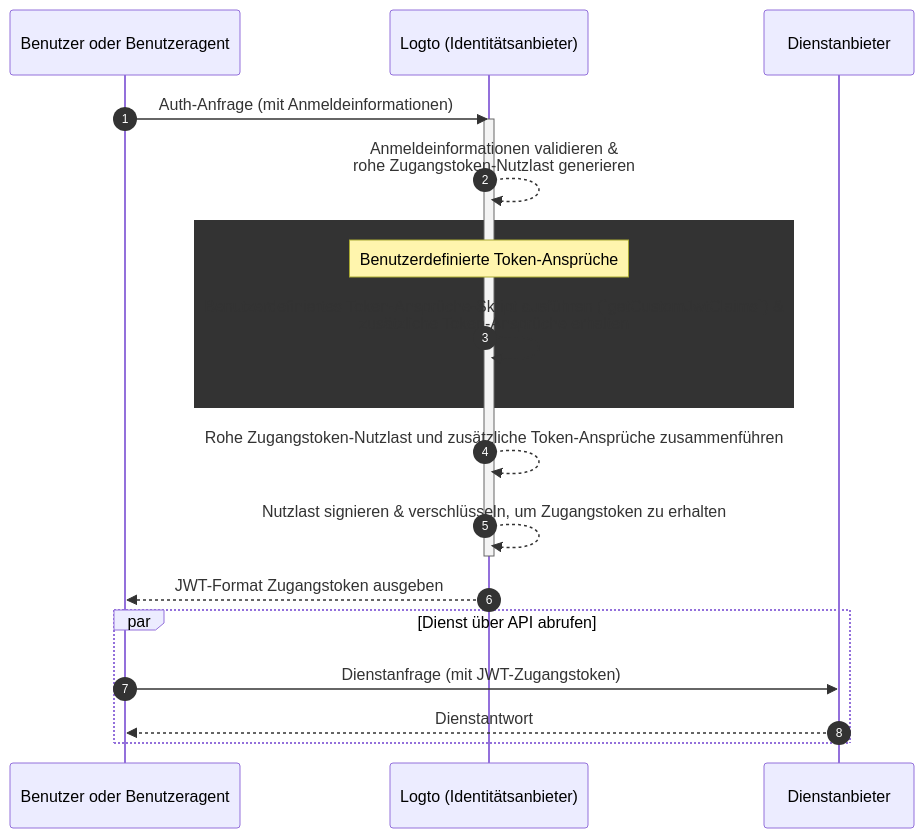
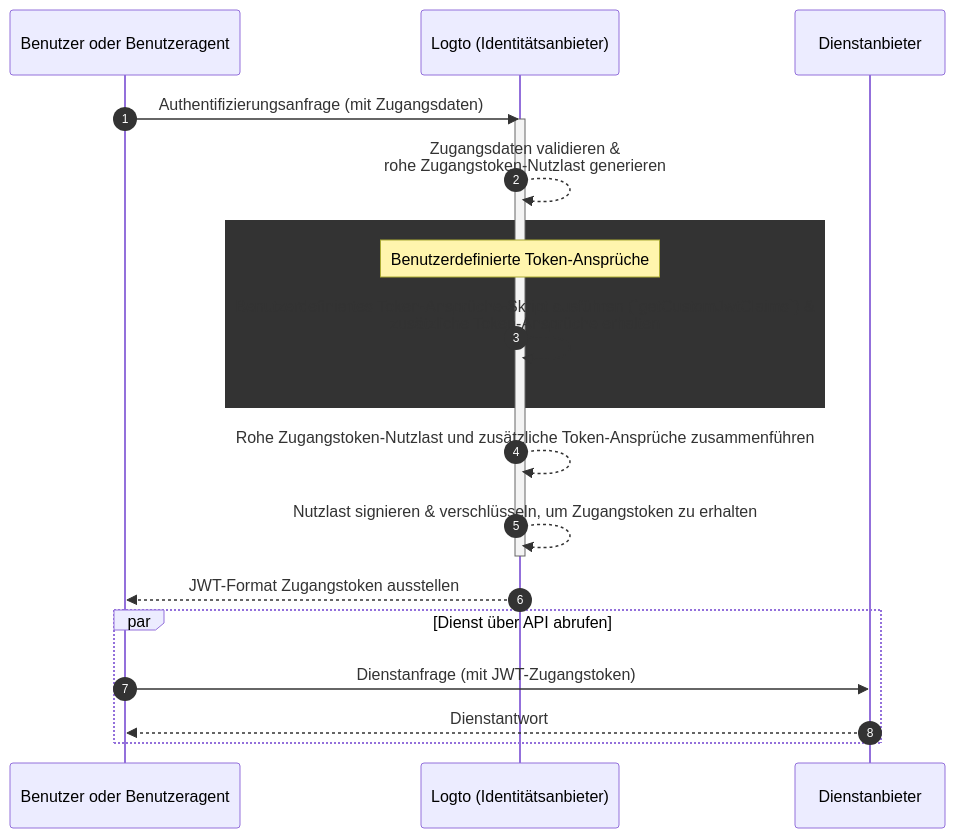
Before and after one commit to logto-io/docs: the diagram in i18n/de/docusaurus-plugin-content-docs/current/developers/custom-token-claims/README.mdx, drawn with Mermaid. The commit also changed other lines of this file and 580 other files, not shown here.

````diff
--- a/i18n/de/docusaurus-plugin-content-docs/current/developers/custom-token-claims/README.mdx
+++ b/i18n/de/docusaurus-plugin-content-docs/current/developers/custom-token-claims/README.mdx
@@ -26,23 +26,23 @@
 ```mermaid
 sequenceDiagram
   participant U as Benutzer oder Benutzeragent
   participant IdP as Logto (Identitätsanbieter)
   participant SP as Dienstanbieter
 
   autonumber
-  U ->> IdP: Auth-Anfrage (mit Anmeldeinformationen)
+  U ->> IdP: Authentifizierungsanfrage (mit Zugangsdaten)
   activate IdP
-  IdP-->>IdP: Anmeldeinformationen validieren &<br/>rohe Zugangstoken-Nutzlast generieren
+  IdP-->>IdP: Zugangsdaten validieren &<br/>rohe Zugangstoken-Nutzlast generieren
   rect var(--mermaid-rect-fill)
   note over IdP: Benutzerdefinierte Token-Ansprüche
   IdP->>IdP: Benutzerdefiniertes Token-Ansprüche-Skript ausführen (`getCustomJwtClaims`) &<br/>zusätzliche Token-Ansprüche erhalten
   end
   IdP-->>IdP: Rohe Zugangstoken-Nutzlast und zusätzliche Token-Ansprüche zusammenführen
   IdP-->>IdP: Nutzlast signieren & verschlüsseln, um Zugangstoken zu erhalten
   deactivate IdP
-  IdP-->>U: JWT-Format Zugangstoken ausgeben
+  IdP-->>U: JWT-Format Zugangstoken ausstellen
   par Dienst über API abrufen
   U->>SP: Dienstanfrage (mit JWT-Zugangstoken)
   SP-->>U: Dienstantwort
   end
 ```
````
